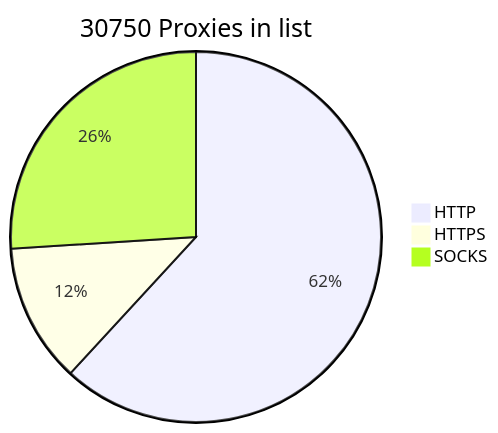
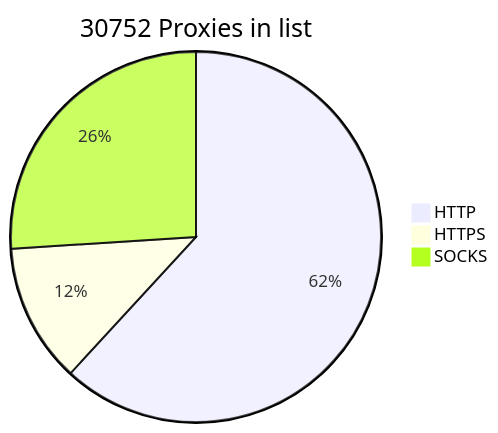
One commit to BlackSnowDot/proxylist-update-every-minute changed the diagram in README.md. Above: the diagram before and after it, drawn with Mermaid.

````diff
--- a/README.md
+++ b/README.md
@@ -2,6 +2,6 @@
 ```mermaid
-pie title 30750 Proxies in list
+pie title 30752 Proxies in list
     "HTTP" : 20917
     "HTTPS": 4105
-    "SOCKS" : 8798
+    "SOCKS" : 8800
 ```
````
